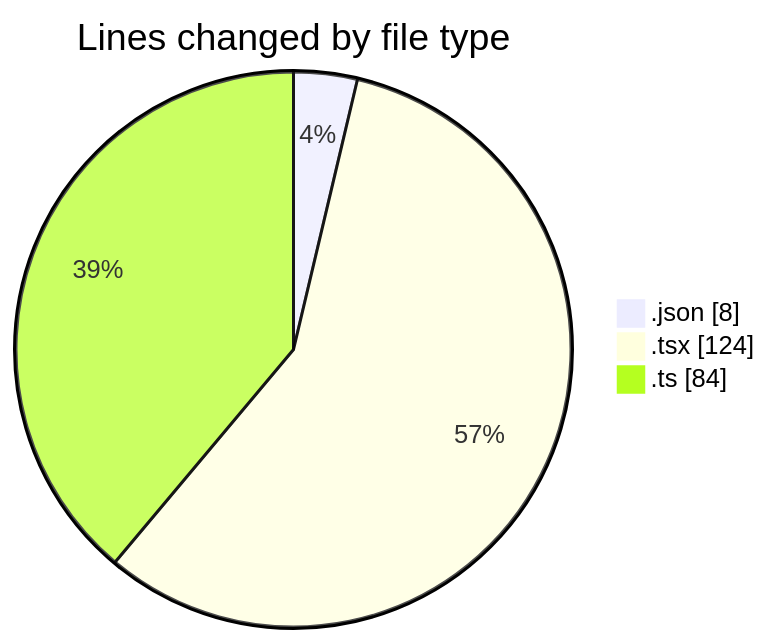
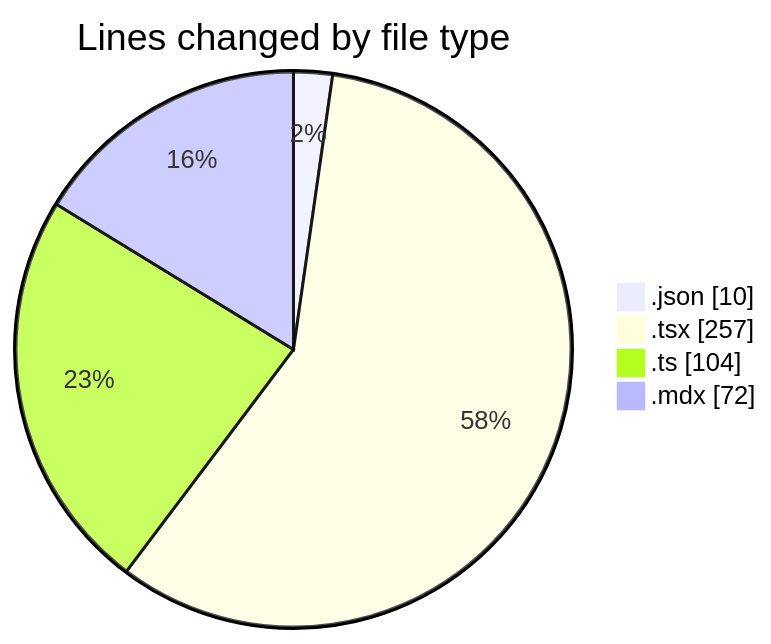
Before and after one commit to Elitesun/code-tracking: the first of 2 diagrams in 2025-05-01/niten/README.md, drawn with Mermaid. The commit also changed other lines of this file and 1 other file, not shown here.

````diff
--- a/2025-05-01/niten/README.md
+++ b/2025-05-01/niten/README.md
@@ -25,7 +28,8 @@
 ```mermaid
 pie showData
 title Lines changed by file type
-".json" : 8
-".tsx" : 124
-".ts" : 84
+".json" : 10
+".tsx" : 257
+".ts" : 104
+".mdx" : 72
 ```
````
